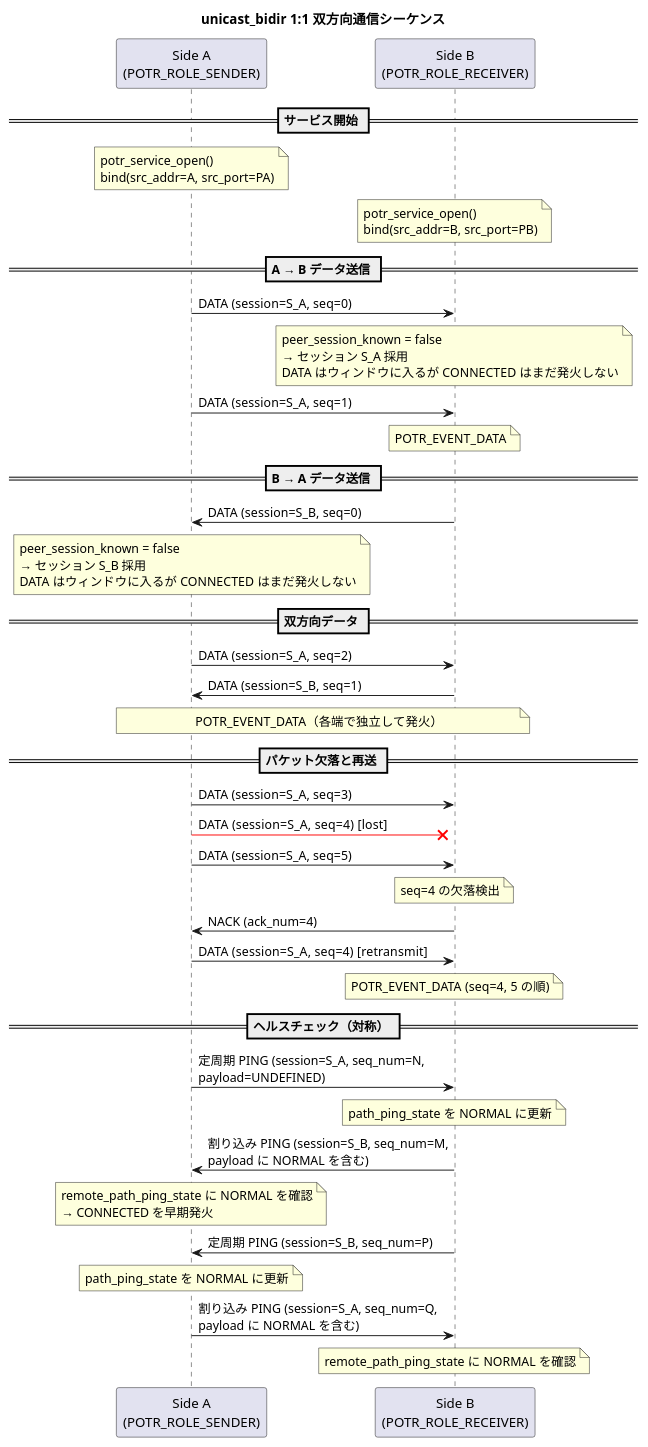
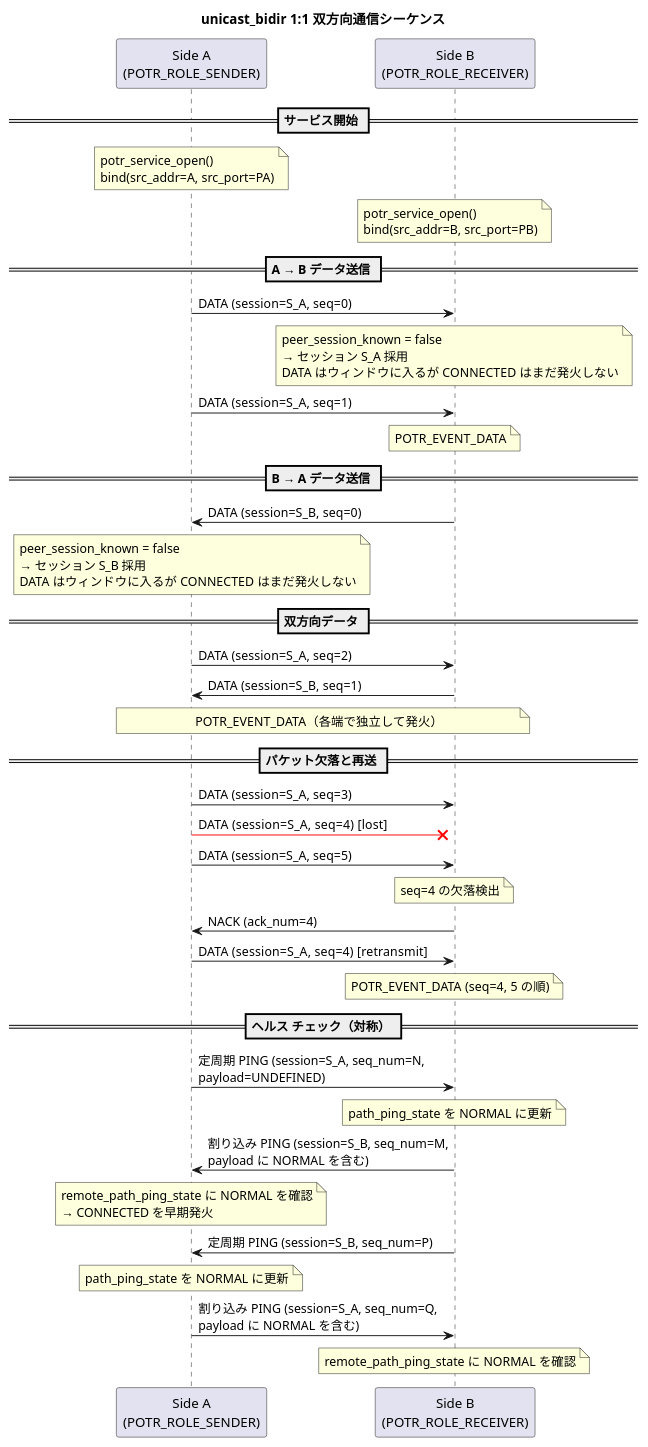
The first of 4 diagrams in docs/sequence-bidir.md (Hondarer/app_porter), drawn with PlantUML before and after one commit. The commit also changed other lines of this file and 73 other files, not shown here.

````diff
--- a/docs/sequence-bidir.md
+++ b/docs/sequence-bidir.md
@@ -10,55 +10,55 @@
 ```plantuml
 @startuml unicast_bidir 通信シーケンス
 title unicast_bidir 1:1 双方向通信シーケンス
 
 participant "Side A\n(POTR_ROLE_SENDER)" as A
 participant "Side B\n(POTR_ROLE_RECEIVER)" as B
 
 == サービス開始 ==
 
 note over A: potr_service_open()\nbind(src_addr=A, src_port=PA)
 note over B: potr_service_open()\nbind(src_addr=B, src_port=PB)
 
 == A → B データ送信 ==
 
 A -> B: DATA (session=S_A, seq=0)
 note over B: peer_session_known = false\n→ セッション S_A 採用\nDATA はウィンドウに入るが CONNECTED はまだ発火しない
 
 A -> B: DATA (session=S_A, seq=1)
 note over B: POTR_EVENT_DATA
 
 == B → A データ送信 ==
 
 B -> A: DATA (session=S_B, seq=0)
 note over A: peer_session_known = false\n→ セッション S_B 採用\nDATA はウィンドウに入るが CONNECTED はまだ発火しない
 
 == 双方向データ ==
 
 A -> B: DATA (session=S_A, seq=2)
 B -> A: DATA (session=S_B, seq=1)
 note over A,B: POTR_EVENT_DATA（各端で独立して発火）
 
 == パケット欠落と再送 ==
 
 A -> B: DATA (session=S_A, seq=3)
 A -[#red]x B: DATA (session=S_A, seq=4)  [lost]
 A -> B: DATA (session=S_A, seq=5)
 note over B: seq=4 の欠落検出
 B -> A: NACK (ack_num=4)
 A -> B: DATA (session=S_A, seq=4)  [retransmit]
 note over B: POTR_EVENT_DATA (seq=4, 5 の順)
 
-== ヘルスチェック（対称） ==
+== ヘルス チェック（対称） ==
 
 A -> B: 定周期 PING (session=S_A, seq_num=N,\npayload=UNDEFINED)
 note over B: path_ping_state を NORMAL に更新
 B -> A: 割り込み PING (session=S_B, seq_num=M,\npayload に NORMAL を含む)
 note over A: remote_path_ping_state に NORMAL を確認\n→ CONNECTED を早期発火
 
 B -> A: 定周期 PING (session=S_B, seq_num=P)
 note over A: path_ping_state を NORMAL に更新
 A -> B: 割り込み PING (session=S_A, seq_num=Q,\npayload に NORMAL を含む)
 note over B: remote_path_ping_state に NORMAL を確認
 
 @enduml
 ```
````
